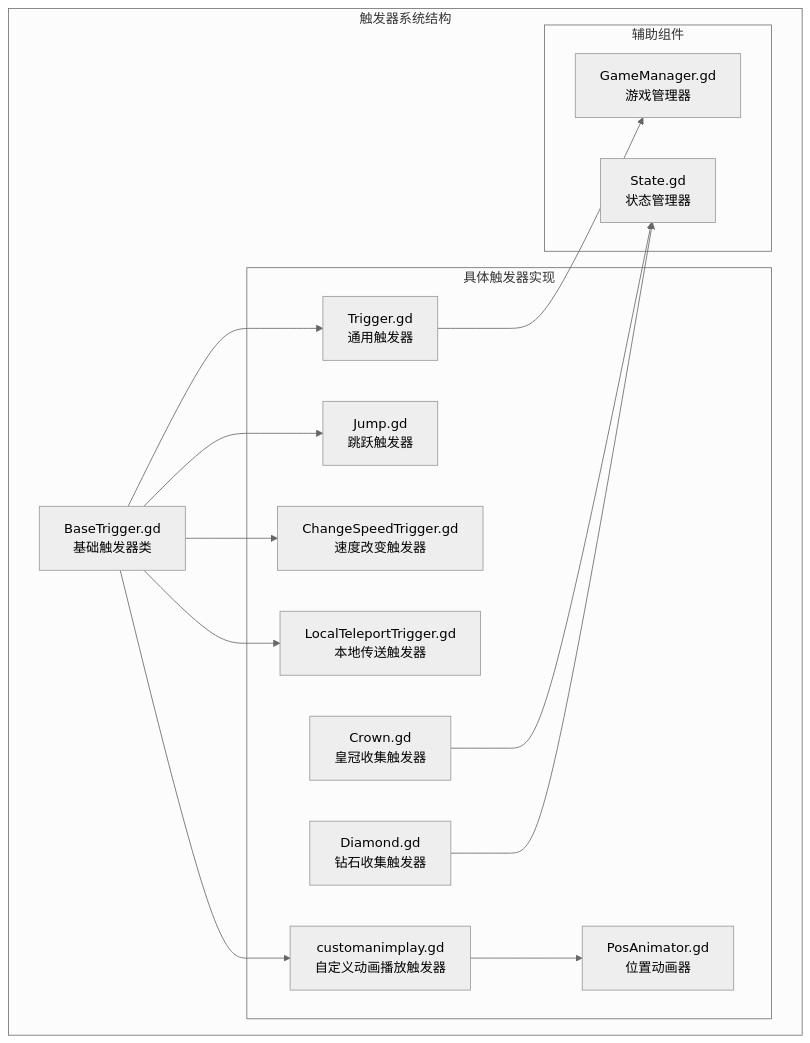
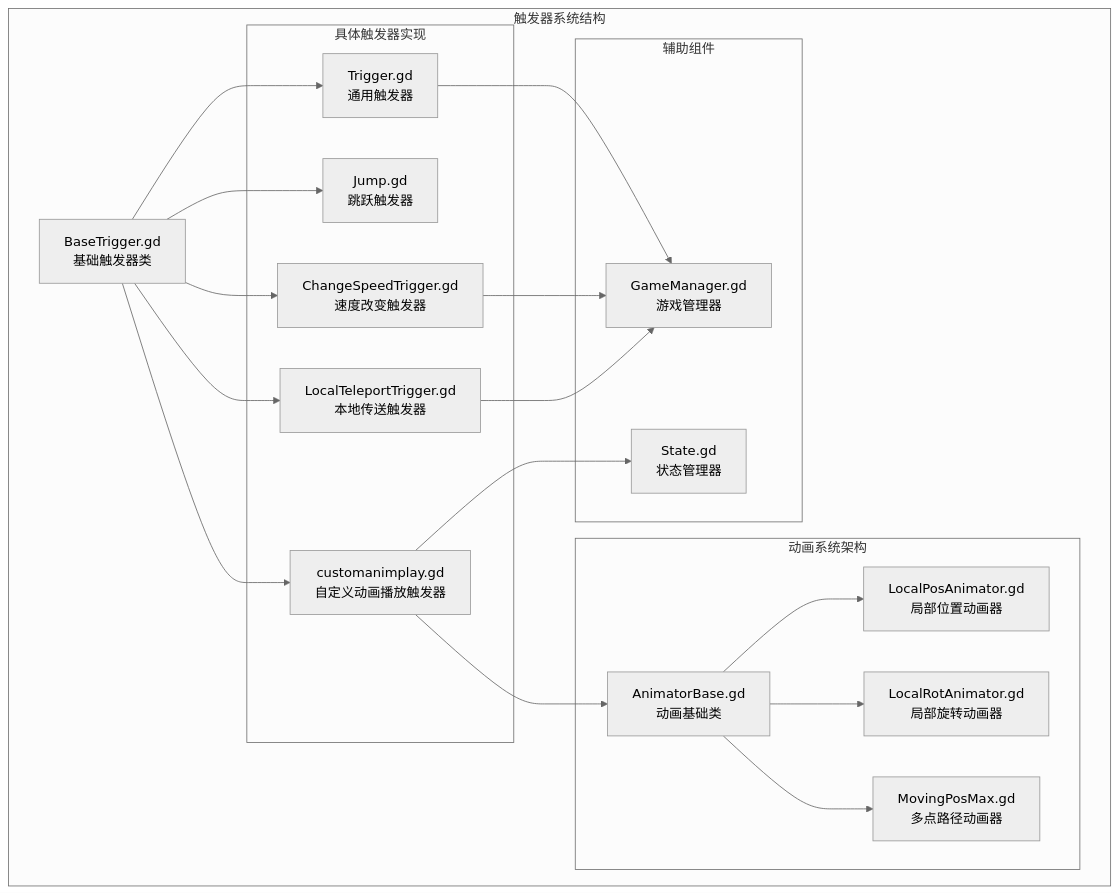
Before and after one commit to godotline/godot-line: the first of 9 diagrams in .qoder/repowiki/zh/content/Base Trigger.md, drawn with Mermaid (neutral theme). The commit also changed other lines of this file and 13 other files, not shown here.

````diff
--- a/.qoder/repowiki/zh/content/Base Trigger.md
+++ b/.qoder/repowiki/zh/content/Base Trigger.md
@@ -48,29 +55,36 @@
 ```mermaid
 graph TB
 subgraph "触发器系统结构"
 BT[BaseTrigger.gd<br/>基础触发器类]
 subgraph "具体触发器实现"
 TR[Trigger.gd<br/>通用触发器]
 JP[Jump.gd<br/>跳跃触发器]
 CST[ChangeSpeedTrigger.gd<br/>速度改变触发器]
 LTT[LocalTeleportTrigger.gd<br/>本地传送触发器]
 CAP[customanimplay.gd<br/>自定义动画播放触发器]
-PA[PosAnimator.gd<br/>位置动画器]
-CR[Crown.gd<br/>皇冠收集触发器]
-DM[Diamond.gd<br/>钻石收集触发器]
+end
+subgraph "动画系统架构"
+AB[AnimatorBase.gd<br/>动画基础类]
+LPA[LocalPosAnimator.gd<br/>局部位置动画器]
+LRA[LocalRotAnimator.gd<br/>局部旋转动画器]
+MPM[MovingPosMax.gd<br/>多点路径动画器]
 end
 subgraph "辅助组件"
 GM[GameManager.gd<br/>游戏管理器]
 ST[State.gd<br/>状态管理器]
 end
 end
 BT --> TR
 BT --> JP
 BT --> CST
 BT --> LTT
 BT --> CAP
-CAP --> PA
+CAP --> AB
+AB --> LPA
+AB --> LRA
+AB --> MPM
 TR --> GM
-CR --> ST
-DM --> ST
+CST --> GM
+LTT --> GM
+CAP --> ST
 ```
````
